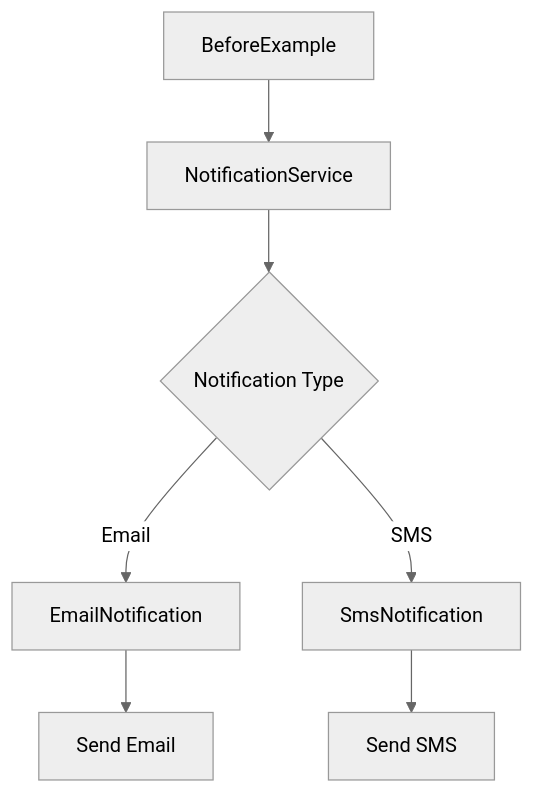
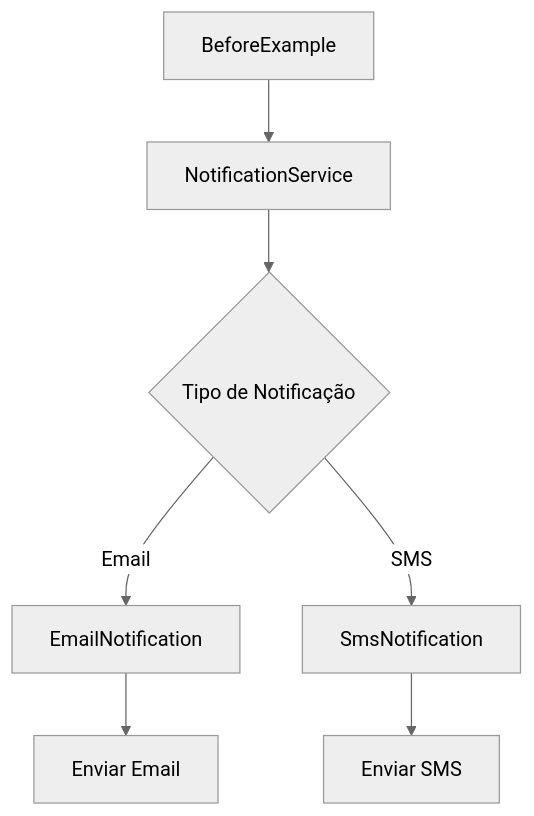
One commit to Leo-M-Pereira/design-patterns-dotnet changed the second of 2 diagrams in src/Creational/FactoryMethod/README.md. Above: the diagram before and after it, drawn with Mermaid (neutral theme). The commit also changed other lines of this file, not shown here.

````diff
--- a/src/Creational/FactoryMethod/README.md
+++ b/src/Creational/FactoryMethod/README.md
@@ -71,9 +72,9 @@
 ```mermaid
 flowchart TD
     A[BeforeExample] --> B[NotificationService]
-    B --> C{Notification Type}
+    B --> C{Tipo de Notificação}
     C -->|Email| D[EmailNotification]
     C -->|SMS| E[SmsNotification]
-    D --> F[Send Email]
-    E --> G[Send SMS]
+    D --> F[Enviar Email]
+    E --> G[Enviar SMS]
 ```
````
